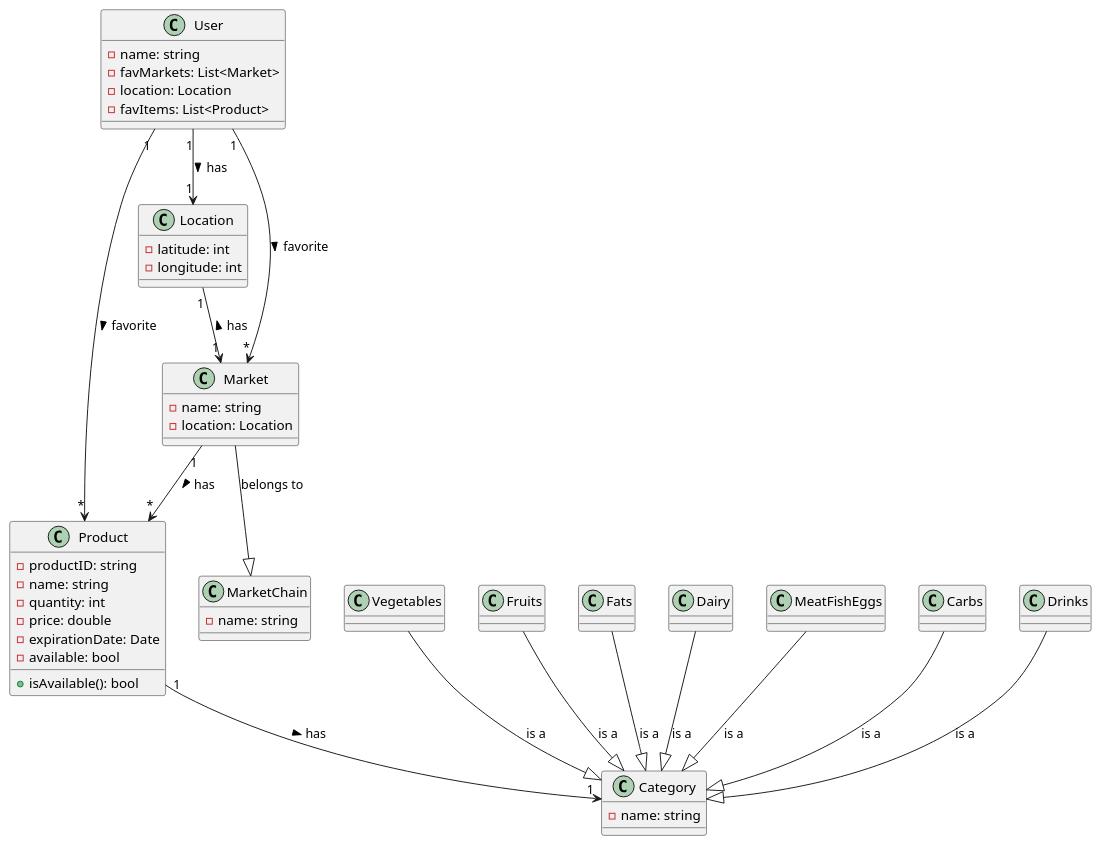
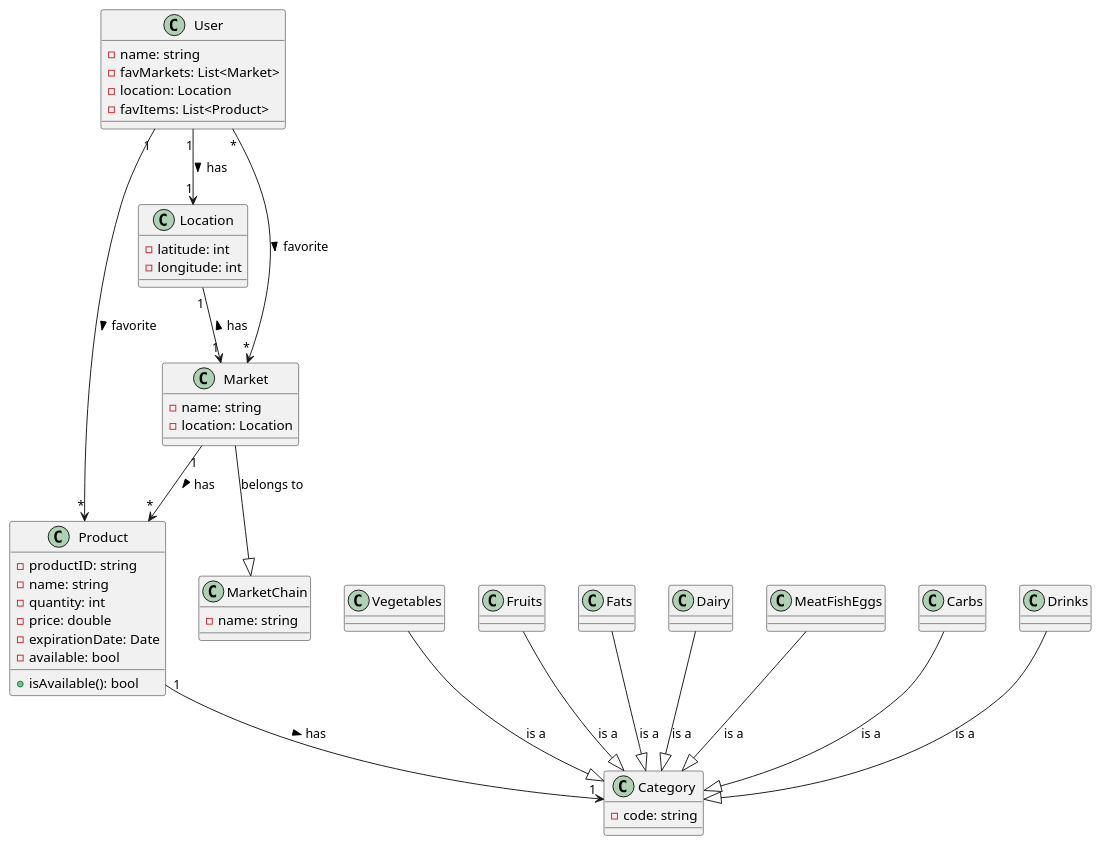
Before and after one commit to leonor-f/FoodRescueApp: the diagram in docs/DomainModel.puml, drawn with PlantUML.

```diff
--- a/docs/DomainModel.puml
+++ b/docs/DomainModel.puml
@@ -1,77 +1,56 @@
 @startuml
 
 class User {
     -name: string
     -favMarkets: List<Market>
     -location: Location
     -favItems: List<Product>
 }
 
 class Product {
     -productID: string
     -name: string
     -quantity: int
     -price: double
     -expirationDate: Date
     -available: bool
     +isAvailable(): bool
 }
 
 class Category {
-    -name: string
-}
-
-class Vegetables {
-}
-
-class Fruits {
-}
-
-class Fats {
-}
-
-class Dairy { /' laticinios '/
-}
-
-class MeatFishEggs {
-}
-
-class Carbs {
-}
-
-class Drinks {
+    -code: string
 }
 
 class Location {
     -latitude: int
     -longitude: int
 }
 
 class Market {
     -name: string
     -location: Location
 }
 
 class MarketChain {
     -name: string
 }
 
 User "1" --> "*" Product: favorite >
 User "1" --> "1" Location: has >
-User "1" --> "*" Market: favorite >
+User "*" --> "*" Market: favorite >
 Location "1" --> "1" Market: has <
 Market "1" --> "*" Product: has >
 Product "1" --> "1" Category: has >
 Vegetables --|> Category: is a
 Fruits --|> Category: is a
 Fats --|> Category: is a
 Dairy --|> Category: is a
 MeatFishEggs --|> Category: is a
 Carbs --|> Category: is a
 Drinks --|> Category: is a
 Market --|> MarketChain: belongs to
 
 ' ...>
 ' ..|> : implements
 
 @enduml
```
